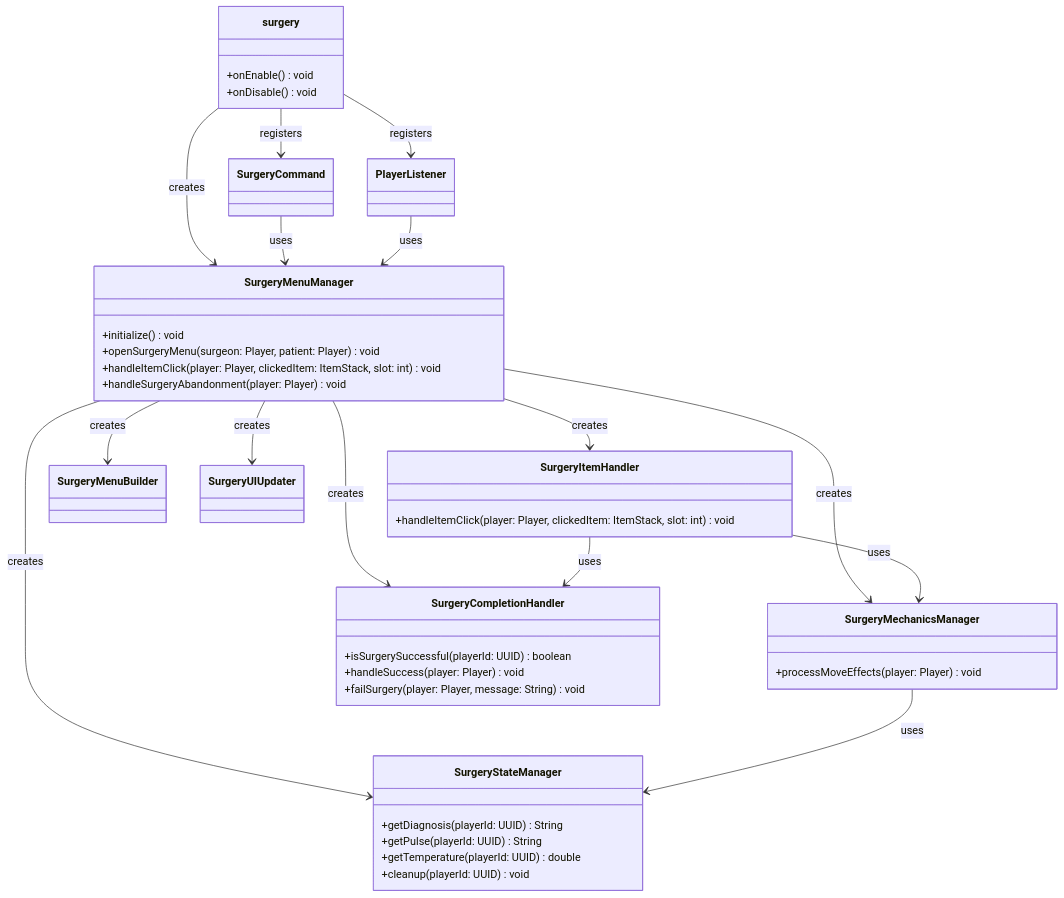
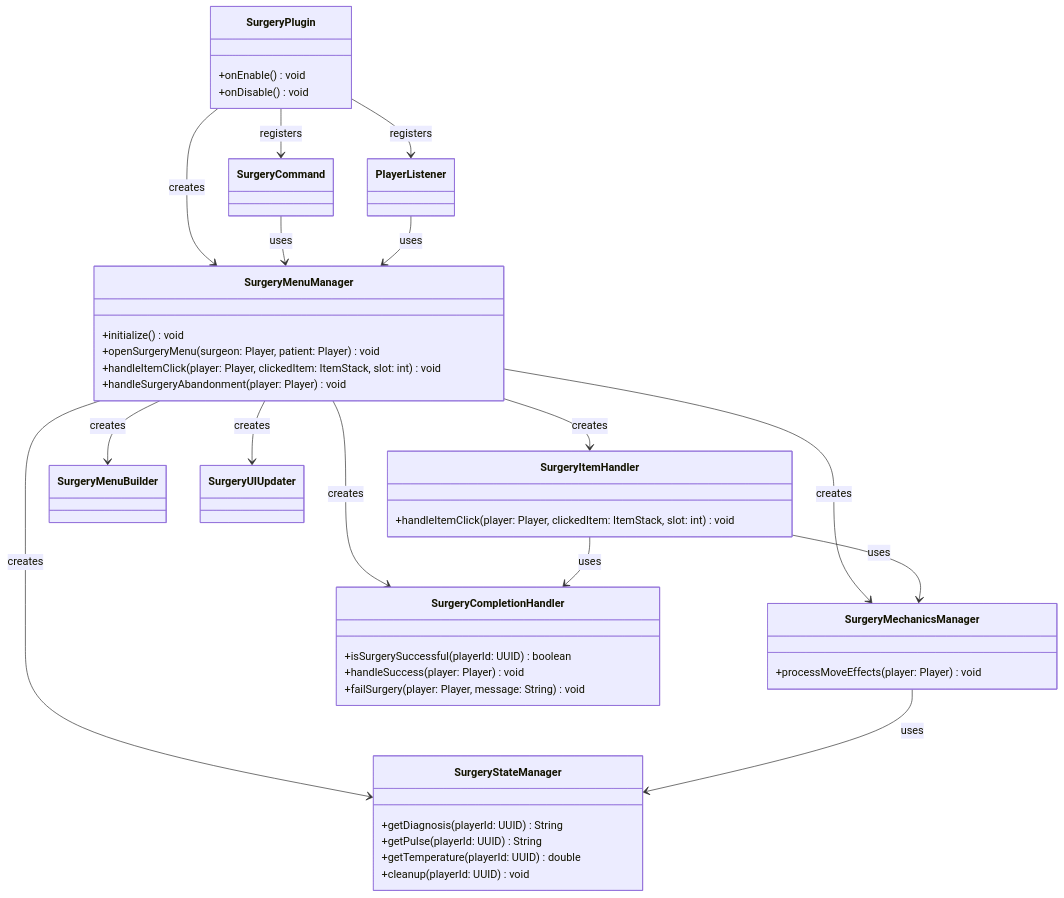
One commit to TF-Minecraft/Docs changed the diagram in projects/Surgery/overview.md. Above: the diagram before and after it, drawn with Mermaid. The commit also changed other lines of this file and 65 other files, not shown here.

````diff
--- a/projects/Surgery/overview.md
+++ b/projects/Surgery/overview.md
@@ -69,50 +68,50 @@
 ```mermaid
 classDiagram
-    class surgery {
+    class SurgeryPlugin {
         +onEnable() void
         +onDisable() void
     }
 
     class SurgeryMenuManager {
         +initialize() void
         +openSurgeryMenu(surgeon: Player, patient: Player) void
         +handleItemClick(player: Player, clickedItem: ItemStack, slot: int) void
         +handleSurgeryAbandonment(player: Player) void
     }
 
     class SurgeryStateManager {
         +getDiagnosis(playerId: UUID) String
         +getPulse(playerId: UUID) String
         +getTemperature(playerId: UUID) double
         +cleanup(playerId: UUID) void
     }
 
     class SurgeryItemHandler {
         +handleItemClick(player: Player, clickedItem: ItemStack, slot: int) void
     }
 
     class SurgeryMechanicsManager {
         +processMoveEffects(player: Player) void
     }
 
     class SurgeryCompletionHandler {
         +isSurgerySuccessful(playerId: UUID) boolean
         +handleSuccess(player: Player) void
         +failSurgery(player: Player, message: String) void
     }
 
-    surgery --> SurgeryMenuManager : creates
-    surgery --> SurgeryCommand : registers
-    surgery --> PlayerListener : registers
+    SurgeryPlugin --> SurgeryMenuManager : creates
+    SurgeryPlugin --> SurgeryCommand : registers
+    SurgeryPlugin --> PlayerListener : registers
     SurgeryMenuManager --> SurgeryMenuBuilder : creates
     SurgeryMenuManager --> SurgeryStateManager : creates
     SurgeryMenuManager --> SurgeryItemHandler : creates
     SurgeryMenuManager --> SurgeryMechanicsManager : creates
     SurgeryMenuManager --> SurgeryCompletionHandler : creates
     SurgeryMenuManager --> SurgeryUIUpdater : creates
     SurgeryItemHandler --> SurgeryMechanicsManager : uses
     SurgeryItemHandler --> SurgeryCompletionHandler : uses
     SurgeryMechanicsManager --> SurgeryStateManager : uses
     SurgeryCommand --> SurgeryMenuManager : uses
     PlayerListener --> SurgeryMenuManager : uses
 ```
````
